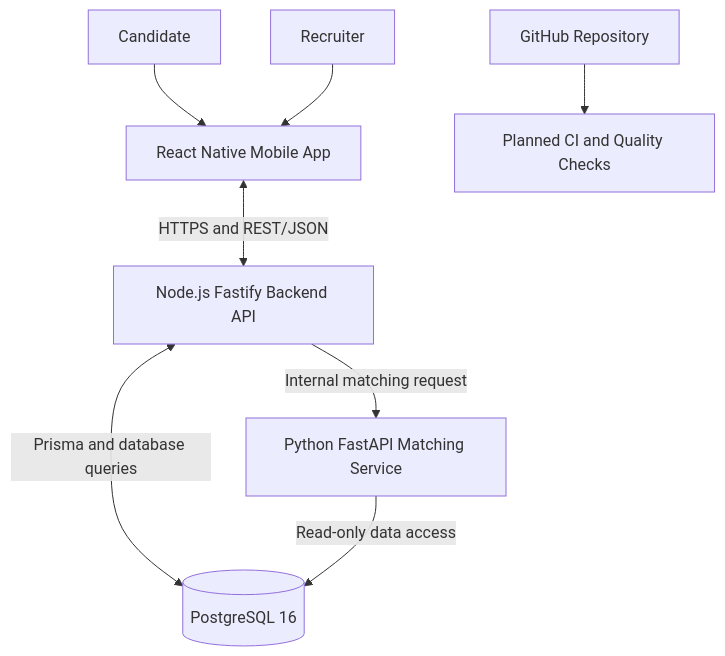
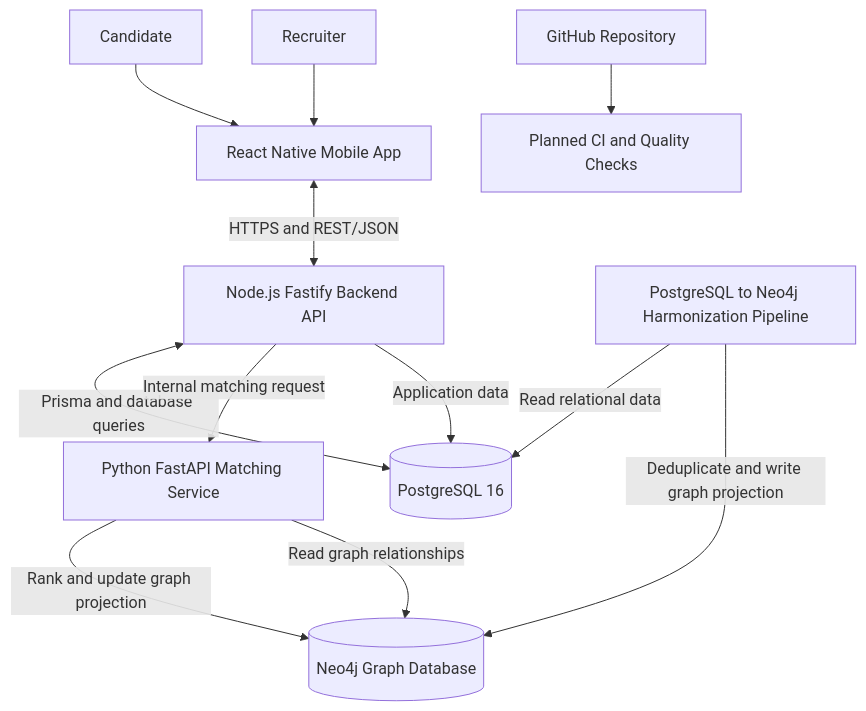
One commit to bhsei/26A changed the first of 4 diagrams in docs/design/Architecture_Design.md. Above: the diagram before and after it, drawn with Mermaid. The commit also changed other lines of this file, not shown here.

Commit message:
W4 - Architecture alignment; define PostgreSQL, Neo4j and matching boundaries

````diff
--- a/docs/design/Architecture_Design.md
+++ b/docs/design/Architecture_Design.md
@@ -129,19 +130,25 @@
 ```mermaid
 flowchart TD
     Candidate[Candidate]
     Recruiter[Recruiter]
     Mobile[React Native Mobile App]
     API[Node.js Fastify Backend API]
     DB[(PostgreSQL 16)]
     Matching[Python FastAPI Matching Service]
+    Graph[(Neo4j Graph Database)]
+    Pipeline[PostgreSQL to Neo4j Harmonization Pipeline]
     Repo[GitHub Repository]
     CI[Planned CI and Quality Checks]
 
     Candidate --> Mobile
     Recruiter --> Mobile
     Mobile <-->|HTTPS and REST/JSON| API
     API <-->|Prisma and database queries| DB
     API -->|Internal matching request| Matching
-    Matching -->|Read-only data access| DB
+    API -->|Application data| DB
+    Matching -->|Rank and update graph projection| Graph
+    Pipeline -->|Read relational data| DB
+    Pipeline -->|Deduplicate and write graph projection| Graph
+    Matching -->|Read graph relationships| Graph
     Repo --> CI
 ```
````
